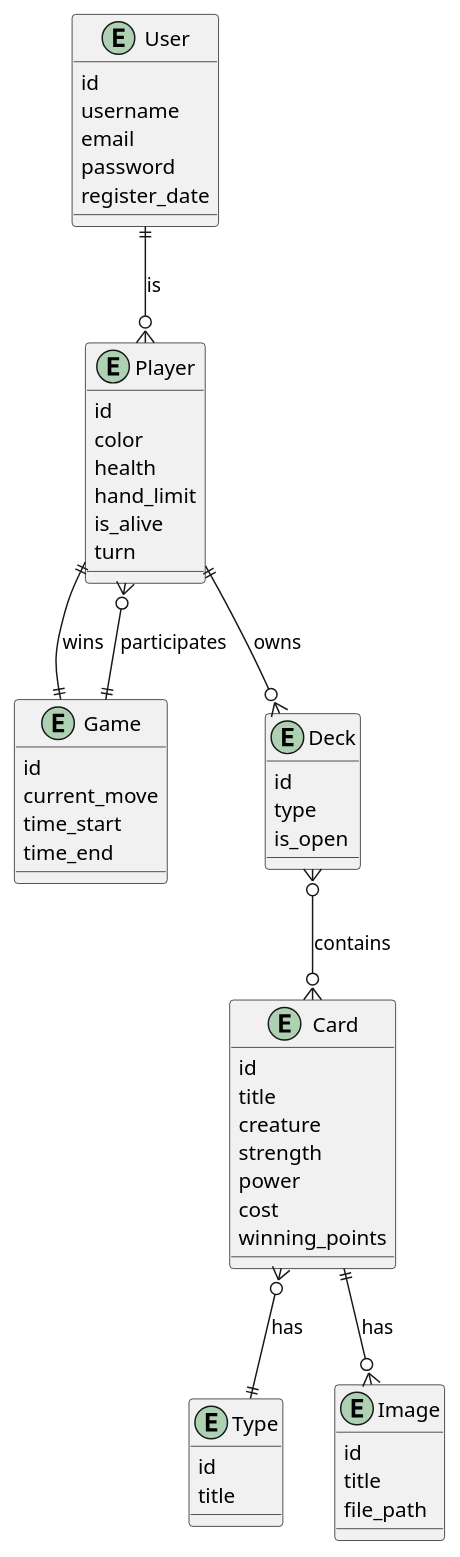
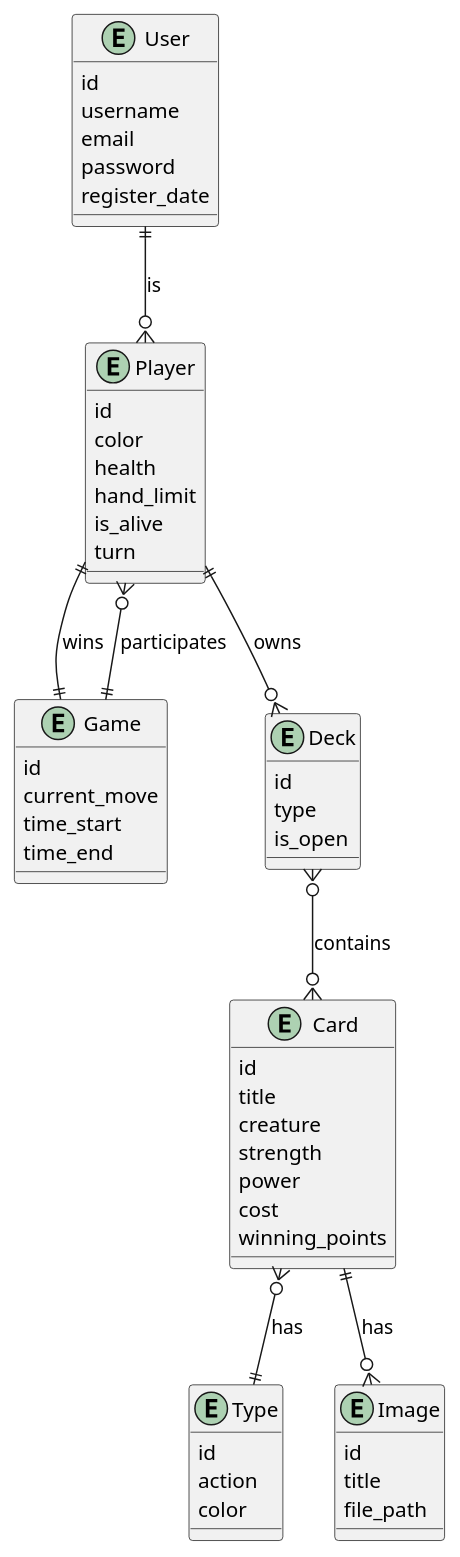
The diagram in docs/chen.puml (just-rudy/cool-magic-battles), drawn with PlantUML before and after one commit. The commit also changed 8 other files, not shown here.

```diff
--- a/docs/chen.puml
+++ b/docs/chen.puml
@@ -1,64 +1,65 @@
 @startuml
 entity User {
   id
   username
   email
   password
   register_date
 }
 
 entity Game {
   id
   current_move
   time_start
   time_end
 }
 
 entity Player {
   id
   color
   health
   hand_limit
   is_alive
   turn
 }
 
 entity Card {
   id
   title
   creature
   strength
   power
   cost
   winning_points
 }
 
 entity Type {
   id
-  title
+  action
+  color
 }
 
 entity Image {
   id
   title
   file_path
 }
 
 entity Deck {
   id
   type
   is_open
 }
 
 User ||--o{ Player : is
 Game ||--o{ Player : participates
 
 Player ||--o{ Deck : owns
 Deck }o--o{ Card : contains
 
 Card }o--|| Type : has
 Card ||--o{ Image : has
 
 Player ||--|| Game : wins
 
 @enduml
```
